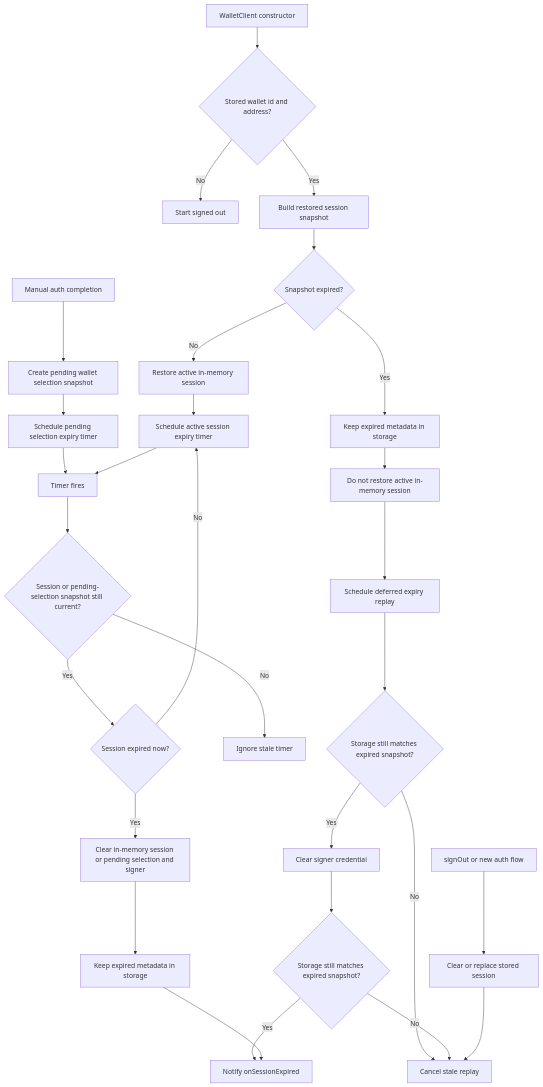
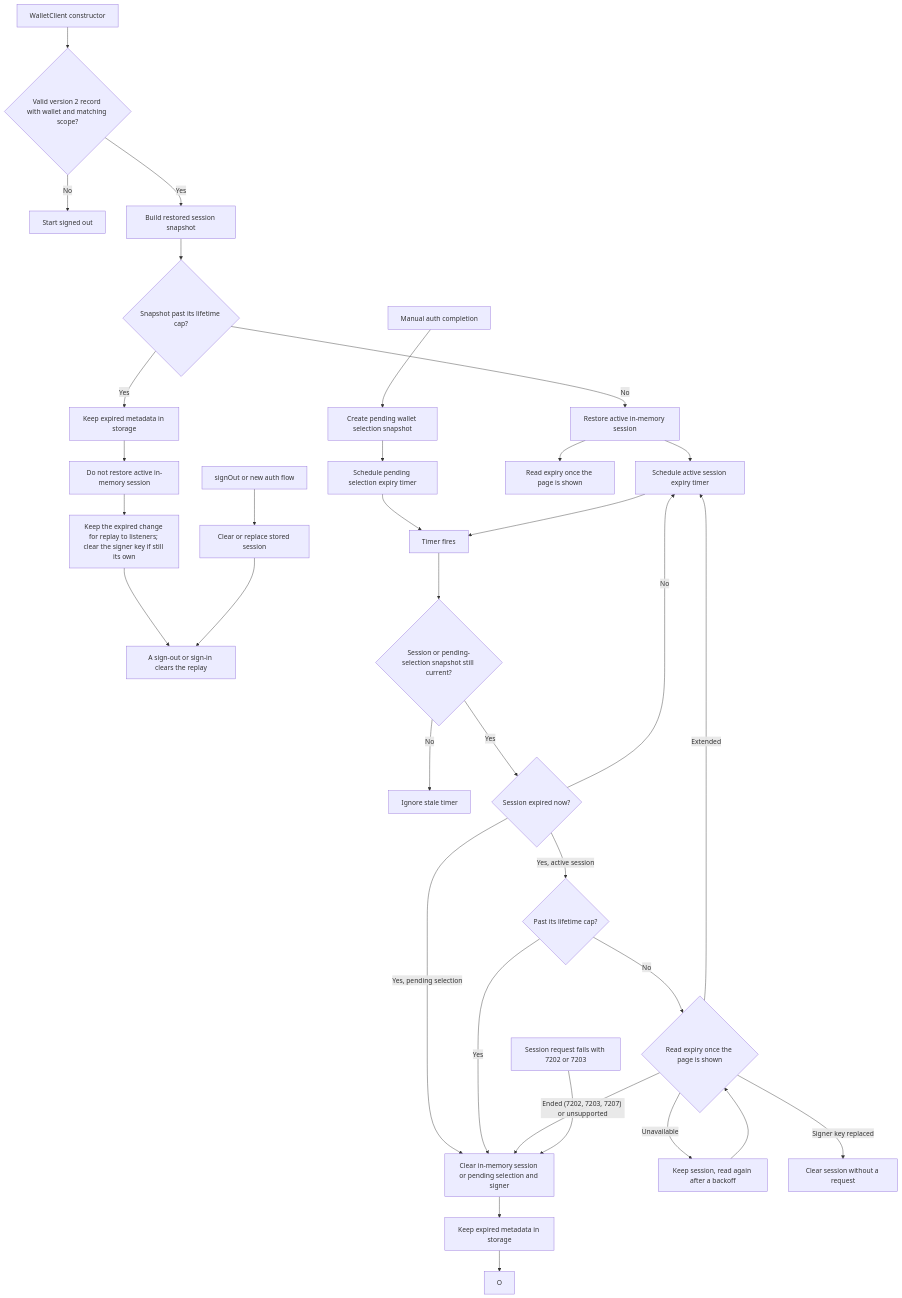
Before and after one commit to 0xPolygon/oms-wallet-typescript-sdk: the diagram in packages/oms-wallet/docs/session-expiry-flow.md, drawn with Mermaid. The commit also changed other lines of this file and 128 other files, not shown here.

First line of the commit message:
feat!: add Tron support and replace walletAddress with activeWallet (#104)

````diff
--- a/packages/oms-wallet/docs/session-expiry-flow.md
+++ b/packages/oms-wallet/docs/session-expiry-flow.md
@@ -15,39 +67,43 @@
 ```mermaid
 flowchart TD
-  A["WalletClient constructor"] --> B{"Stored wallet id and address?"}
+  A["WalletClient constructor"] --> B{"Valid version 2 record with wallet and matching scope?"}
   B -- "No" --> C["Start signed out"]
 
   B -- "Yes" --> D["Build restored session snapshot"]
-  D --> E{"Snapshot expired?"}
+  D --> E{"Snapshot past its lifetime cap?"}
 
   E -- "No" --> F["Restore active in-memory session"]
   F --> G["Schedule active session expiry timer"]
 
   X["Manual auth completion"] --> Y["Create pending wallet selection snapshot"]
   Y --> Z["Schedule pending selection expiry timer"]
   Z --> P
 
   E -- "Yes" --> H["Keep expired metadata in storage"]
   H --> I["Do not restore active in-memory session"]
-  I --> J["Schedule deferred expiry replay"]
+  I --> J["Keep the expired change for replay to listeners; clear the signer key if still its own"]
+  J --> L["A sign-out or sign-in clears the replay"]
 
-  J --> K{"Storage still matches expired snapshot?"}
-  K -- "No" --> L["Cancel stale replay"]
-  K -- "Yes" --> M["Clear signer credential"]
-
-  M --> N{"Storage still matches expired snapshot?"}
-  N -- "No" --> L
-  N -- "Yes" --> O["Notify onSessionExpired"]
-
+  F --> FR["Read expiry once the page is shown"]
   G --> P["Timer fires"]
   P --> Q{"Session or pending-selection snapshot still current?"}
   Q -- "No" --> R["Ignore stale timer"]
   Q -- "Yes" --> S{"Session expired now?"}
   S -- "No" --> G
-  S -- "Yes" --> T["Clear in-memory session or pending selection and signer"]
+  S -- "Yes, pending selection" --> T["Clear in-memory session or pending selection and signer"]
+  S -- "Yes, active session" --> CK{"Past its lifetime cap?"}
+  CK -- "Yes" --> T
+  CK -- "No" --> RF{"Read expiry once the page is shown"}
+  RF -- "Extended" --> G
+  RF -- "Unavailable" --> RT["Keep session, read again after a backoff"]
+  RT --> RF
+  RF -- "Ended (7202, 7203, 7207) or unsupported" --> T
+  RF -- "Signer key replaced" --> SC["Clear session without a request"]
   T --> U["Keep expired metadata in storage"]
   U --> O
+
+  AC["Session request fails with 7202 or 7203"] --> T
 
   V["signOut or new auth flow"] --> W["Clear or replace stored session"]
   W --> L
 ```
````
